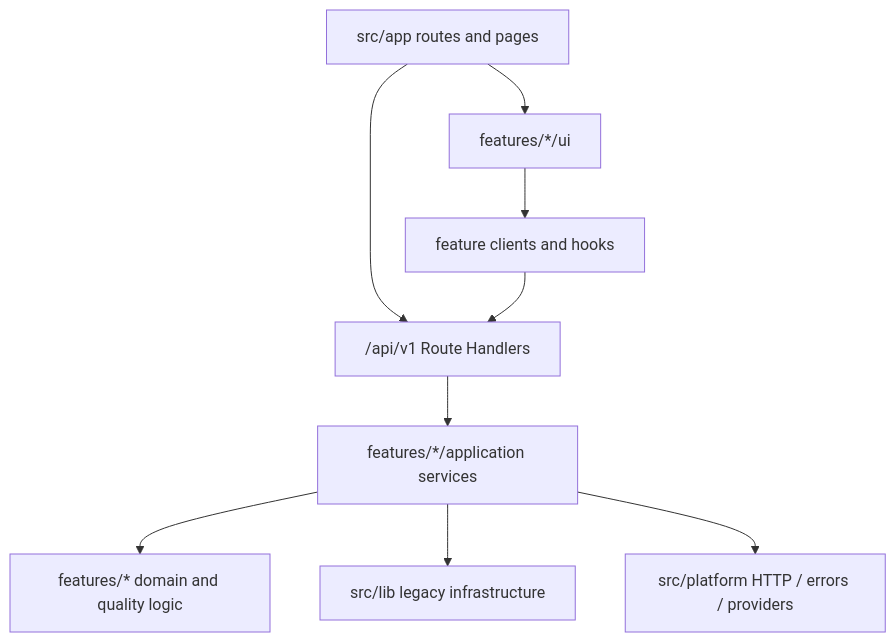
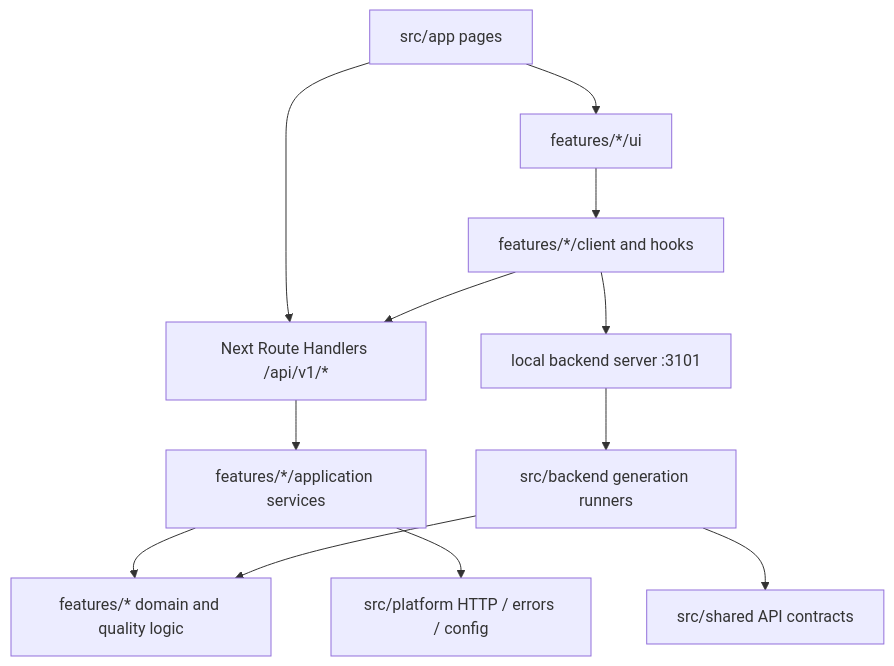
Before and after one commit to hanx-777/STEMotion: the fourth of 4 diagrams in docs/system_architecture.md, drawn with Mermaid. The commit also changed other lines of this file and 39 other files, not shown here.

Commit message:
refactor: normalize project branding and architecture docs

````diff
--- a/docs/system_architecture.md
+++ b/docs/system_architecture.md
@@ -140,11 +146,14 @@
 ```mermaid
 flowchart TB
-  App["src/app routes and pages"] --> V1["/api/v1 Route Handlers"]
-  App --> UI["features/*/ui"]
-  V1 --> Services["features/*/application services"]
+  App["src/app pages"] --> UI["features/*/ui"]
+  App --> Route["Next Route Handlers /api/v1/*"]
+  UI --> Client["features/*/client and hooks"]
+  Client --> Route
+  Client --> LocalBackend["local backend server :3101"]
+  Route --> Services["features/*/application services"]
+  LocalBackend --> Runner["src/backend generation runners"]
   Services --> Domain["features/* domain and quality logic"]
-  Services --> Legacy["src/lib legacy infrastructure"]
-  Services --> Platform["src/platform HTTP / errors / providers"]
-  UI --> Client["feature clients and hooks"]
-  Client --> V1
+  Runner --> Domain
+  Services --> Platform["src/platform HTTP / errors / config"]
+  Runner --> Shared["src/shared API contracts"]
 ```
````
